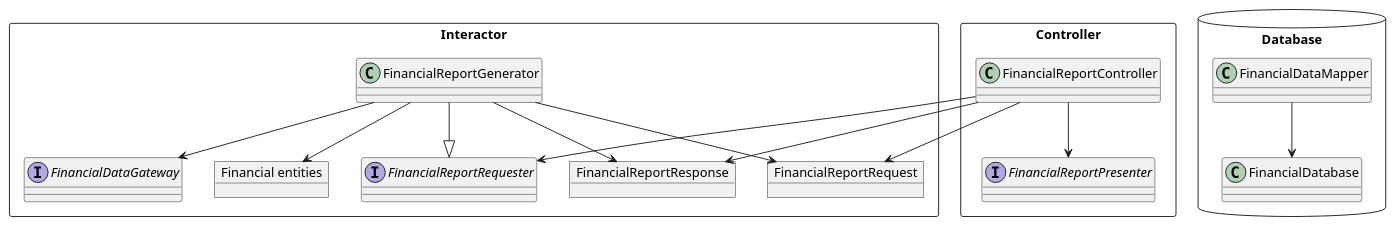
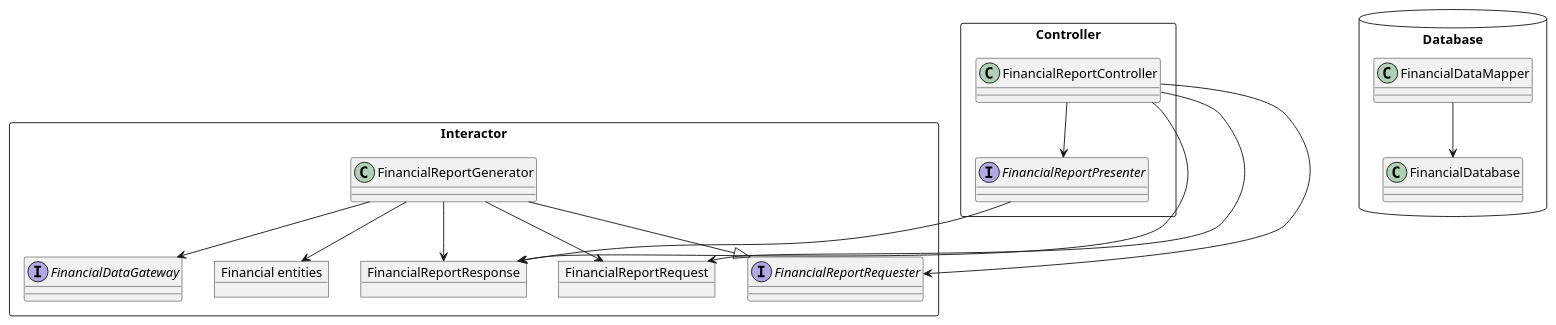
Before and after one commit to huland/logseq-notes: the third of 3 diagrams in pages/Robert C. Martin - Clean Architecture A Craftsman's Guide to Software Structure and Design.md, drawn with PlantUML.

Commit message:
Auto saved by Logseq

```diff
--- a/pages/Robert C. Martin - Clean Architecture A Craftsman's Guide to Software Structure and Design.md
+++ b/pages/Robert C. Martin - Clean Architecture A Craftsman's Guide to Software Structure and Design.md
@@ -203,32 +203,33 @@
 				  @startuml
 				  
 				  rectangle Interactor {
 				    object FinancialReportRequest
 				    interface FinancialReportRequester
 				    object FinancialReportResponse
 				    class FinancialReportGenerator
 				    interface FinancialDataGateway
 				    object "Financial entities" as FinancialEntities
 				  }
 				  
 				  rectangle Controller {
 				    class FinancialReportController 
 				    interface FinancialReportPresenter
 				  }
 				  database Database {
 				    class FinancialDataMapper 
 				    class FinancialDatabase
 				  }
 				  
 				  
 				  FinancialReportController --> FinancialReportPresenter
+				  FinancialReportPresenter --> FinancialReportResponse
 				  FinancialReportController --> FinancialReportRequest
 				  FinancialReportController --> FinancialReportRequester
 				  FinancialReportGenerator --> FinancialReportRequest
 				  FinancialReportGenerator --> FinancialEntities
 				  FinancialReportGenerator --> FinancialReportResponse
 				  FinancialReportGenerator --> FinancialDataGateway
 				  FinancialReportGenerator --|> FinancialReportRequester
 				  FinancialReportController --> FinancialReportResponse
 				  FinancialDataMapper --> FinancialDatabase
 				  @enduml
```
